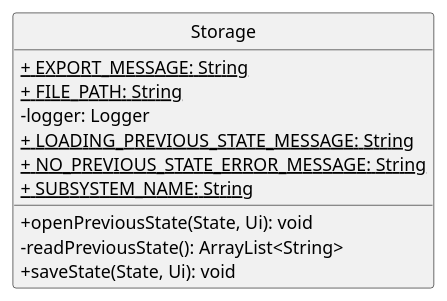
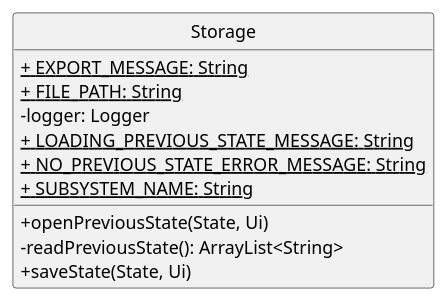
Before and after one commit to nus-cs2113-AY2223S1/tp: the diagram in docs/UMLdiagrams/storageClass.puml, drawn with PlantUML. The commit also changed 1 other file, not shown here.

Commit message:
Fix storage uml

```diff
--- a/docs/UMLdiagrams/storageClass.puml
+++ b/docs/UMLdiagrams/storageClass.puml
@@ -1,18 +1,18 @@
 @startuml
 'https://plantuml.com/sequence-diagram
 hide circle
 skinparam classAttributeIconSize 0
 
 class Storage {
     <u>+ EXPORT_MESSAGE: String
     <u>+ FILE_PATH: String
     - logger: Logger
     <u>+ LOADING_PREVIOUS_STATE_MESSAGE: String
     <u>+ NO_PREVIOUS_STATE_ERROR_MESSAGE: String
     <u>+ SUBSYSTEM_NAME: String
 
-    + openPreviousState(State, Ui): void
+    + openPreviousState(State, Ui)
     - readPreviousState(): ArrayList<String>
-    + saveState(State, Ui): void
+    + saveState(State, Ui)
 }
 @enduml
```
